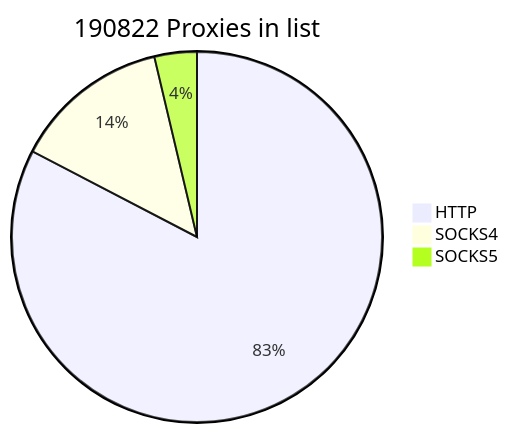
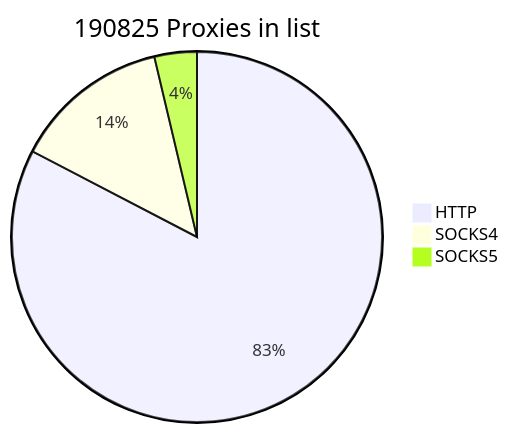
One commit to cutipu/proxylist changed the first of 2 diagrams in README.md. Above: the diagram before and after it, drawn with Mermaid. The commit also changed other lines of this file, not shown here.

````diff
--- a/README.md
+++ b/README.md
@@ -2,7 +2,7 @@
 ```mermaid
-pie title 190822 Proxies in list
-    "HTTP" : 157702
-    "SOCKS4" : 26060
+pie title 190825 Proxies in list
+    "HTTP" : 157704
+    "SOCKS4" : 26061
     "SOCKS5" : 7060
             
 ```
````
